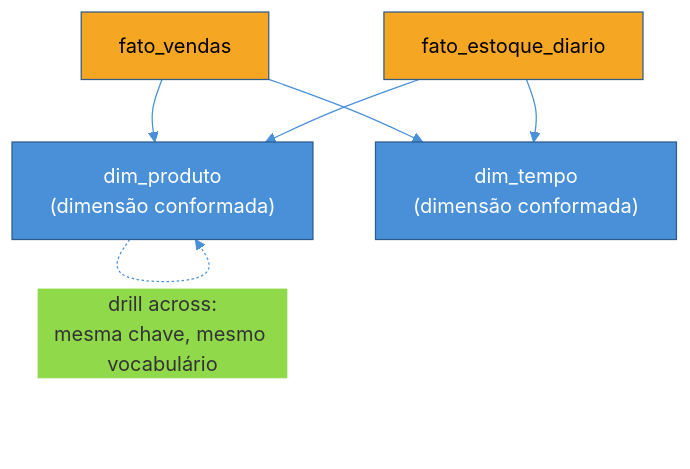
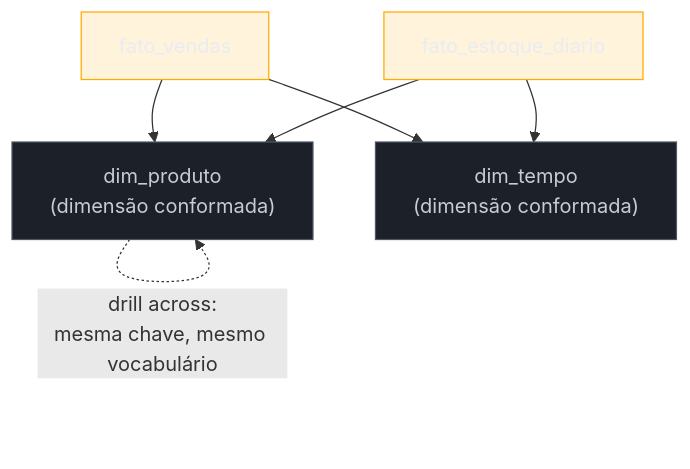
One commit to josenaldo/codex-technomanticus changed the third of 3 diagrams in 03-Dominios/Engenharia/Dados/2 - Modelagem para analytics/03 - Star vs snowflake e tipos de fato.md. Above: the diagram before and after it, drawn with Mermaid. The commit also changed other lines of this file and 1181 other files, not shown here.

First line of the commit message:
fix(diagramas): paleta do sistema no lugar de cor cravada no markdown

````diff
--- a/03-Dominios/Engenharia/Dados/2 - Modelagem para analytics/03 - Star vs snowflake e tipos de fato.md
+++ b/03-Dominios/Engenharia/Dados/2 - Modelagem para analytics/03 - Star vs snowflake e tipos de fato.md
@@ -235,18 +238,19 @@
 ```mermaid
-%%{init: {"theme": "base", "themeVariables": {"primaryColor": "#4A90D9", "primaryBorderColor": "#2E5C8A", "lineColor": "#4A90D9"}}}%%
 graph TB
+    classDef neutro fill:#1B2029,stroke:#4E5666,color:#C6CCD8
+    classDef destaque fill:#FFAA0024,stroke:#FFAA00,color:#E9ECF2
     DP["dim_produto<br/>(dimensão conformada)"]
     DT["dim_tempo<br/>(dimensão conformada)"]
 
     FV["fato_vendas"] --> DP
     FV --> DT
     FE["fato_estoque_diario"] --> DP
     FE --> DT
 
     DP -.->|"drill across:<br/>mesma chave, mesmo vocabulário"| DP
 
-    style DP fill:#4A90D9,color:#fff
-    style DT fill:#4A90D9,color:#fff
-    style FV fill:#F5A623,color:#000
-    style FE fill:#F5A623,color:#000
+    class DP neutro
+    class DT neutro
+    class FV destaque
+    class FE destaque
 ```
````
